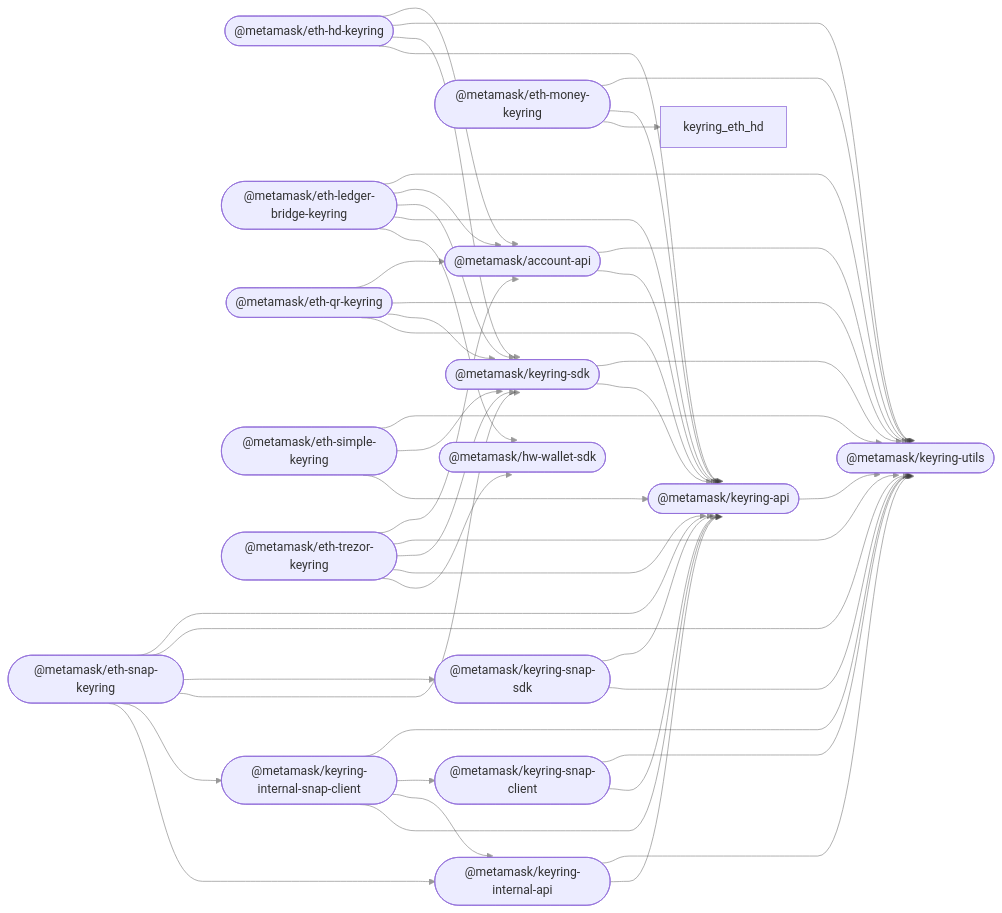
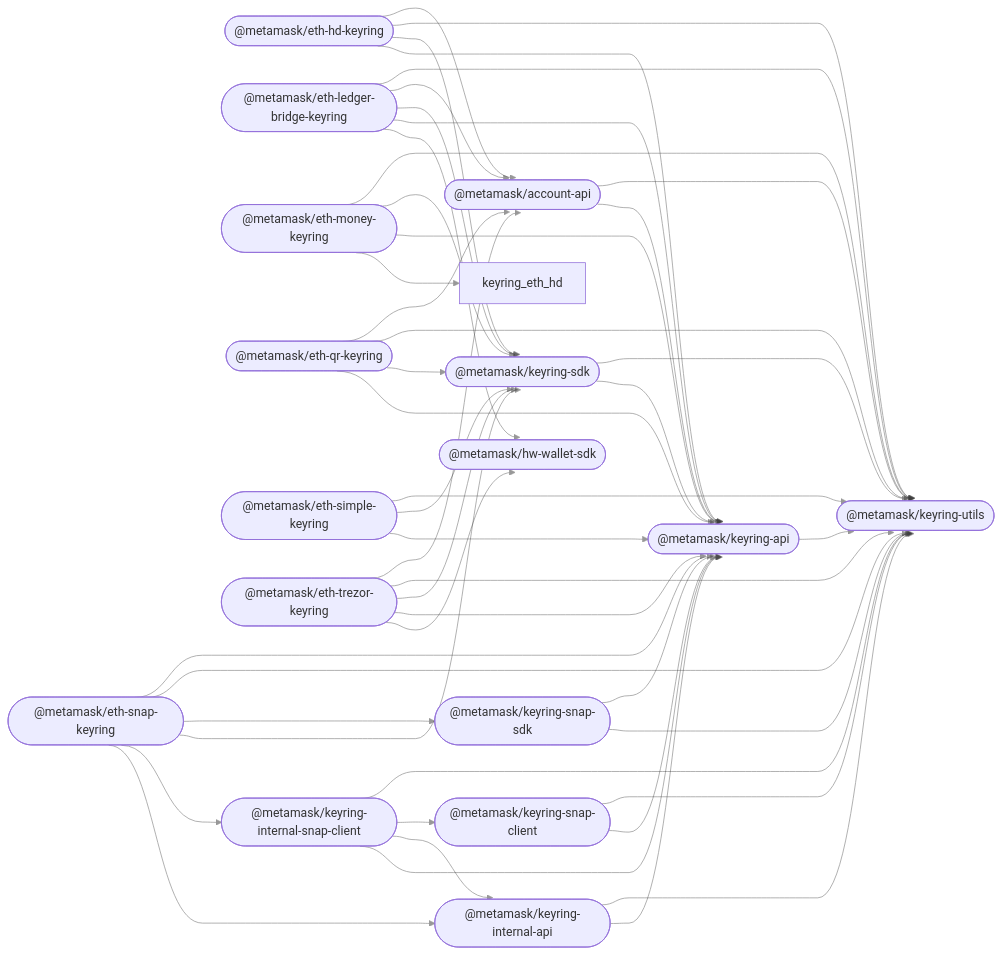
The diagram in README.md (MetaMask/accounts), drawn with Mermaid before and after one commit. The commit also changed 7 other files, not shown here.

First line of the commit message:
feat: add `MoneyKeyring` keyring V2 wrapper (#554)

````diff
--- a/README.md
+++ b/README.md
@@ -44,66 +44,67 @@
 ```mermaid
 %%{ init: { 'flowchart': { 'curve': 'bumpX' } } }%%
 graph LR;
 linkStyle default opacity:0.5
   account_api(["@metamask/account-api"]);
   hw_wallet_sdk(["@metamask/hw-wallet-sdk"]);
   keyring_api(["@metamask/keyring-api"]);
   eth_hd_keyring(["@metamask/eth-hd-keyring"]);
   eth_ledger_bridge_keyring(["@metamask/eth-ledger-bridge-keyring"]);
   eth_money_keyring(["@metamask/eth-money-keyring"]);
   eth_qr_keyring(["@metamask/eth-qr-keyring"]);
   eth_simple_keyring(["@metamask/eth-simple-keyring"]);
   eth_trezor_keyring(["@metamask/eth-trezor-keyring"]);
   keyring_internal_api(["@metamask/keyring-internal-api"]);
   keyring_internal_snap_client(["@metamask/keyring-internal-snap-client"]);
   keyring_sdk(["@metamask/keyring-sdk"]);
   eth_snap_keyring(["@metamask/eth-snap-keyring"]);
   keyring_snap_client(["@metamask/keyring-snap-client"]);
   keyring_snap_sdk(["@metamask/keyring-snap-sdk"]);
   keyring_utils(["@metamask/keyring-utils"]);
   account_api --> keyring_api;
   account_api --> keyring_utils;
   keyring_api --> keyring_utils;
   eth_hd_keyring --> keyring_api;
   eth_hd_keyring --> keyring_sdk;
   eth_hd_keyring --> keyring_utils;
   eth_hd_keyring --> account_api;
   eth_ledger_bridge_keyring --> hw_wallet_sdk;
   eth_ledger_bridge_keyring --> keyring_api;
   eth_ledger_bridge_keyring --> keyring_sdk;
   eth_ledger_bridge_keyring --> account_api;
   eth_ledger_bridge_keyring --> keyring_utils;
   eth_money_keyring --> keyring_eth_hd;
   eth_money_keyring --> keyring_api;
+  eth_money_keyring --> keyring_sdk;
   eth_money_keyring --> keyring_utils;
   eth_qr_keyring --> keyring_api;
   eth_qr_keyring --> keyring_sdk;
   eth_qr_keyring --> keyring_utils;
   eth_qr_keyring --> account_api;
   eth_simple_keyring --> keyring_api;
   eth_simple_keyring --> keyring_sdk;
   eth_simple_keyring --> keyring_utils;
   eth_trezor_keyring --> hw_wallet_sdk;
   eth_trezor_keyring --> keyring_api;
   eth_trezor_keyring --> keyring_sdk;
   eth_trezor_keyring --> keyring_utils;
   eth_trezor_keyring --> account_api;
   keyring_internal_api --> keyring_api;
   keyring_internal_api --> keyring_utils;
   keyring_internal_snap_client --> keyring_api;
   keyring_internal_snap_client --> keyring_internal_api;
   keyring_internal_snap_client --> keyring_snap_client;
   keyring_internal_snap_client --> keyring_utils;
   keyring_sdk --> keyring_api;
   keyring_sdk --> keyring_utils;
   eth_snap_keyring --> keyring_internal_api;
   eth_snap_keyring --> keyring_internal_snap_client;
   eth_snap_keyring --> keyring_sdk;
   eth_snap_keyring --> keyring_snap_sdk;
   eth_snap_keyring --> keyring_utils;
   eth_snap_keyring --> keyring_api;
   keyring_snap_client --> keyring_api;
   keyring_snap_client --> keyring_utils;
   keyring_snap_sdk --> keyring_utils;
   keyring_snap_sdk --> keyring_api;
 ```
````
